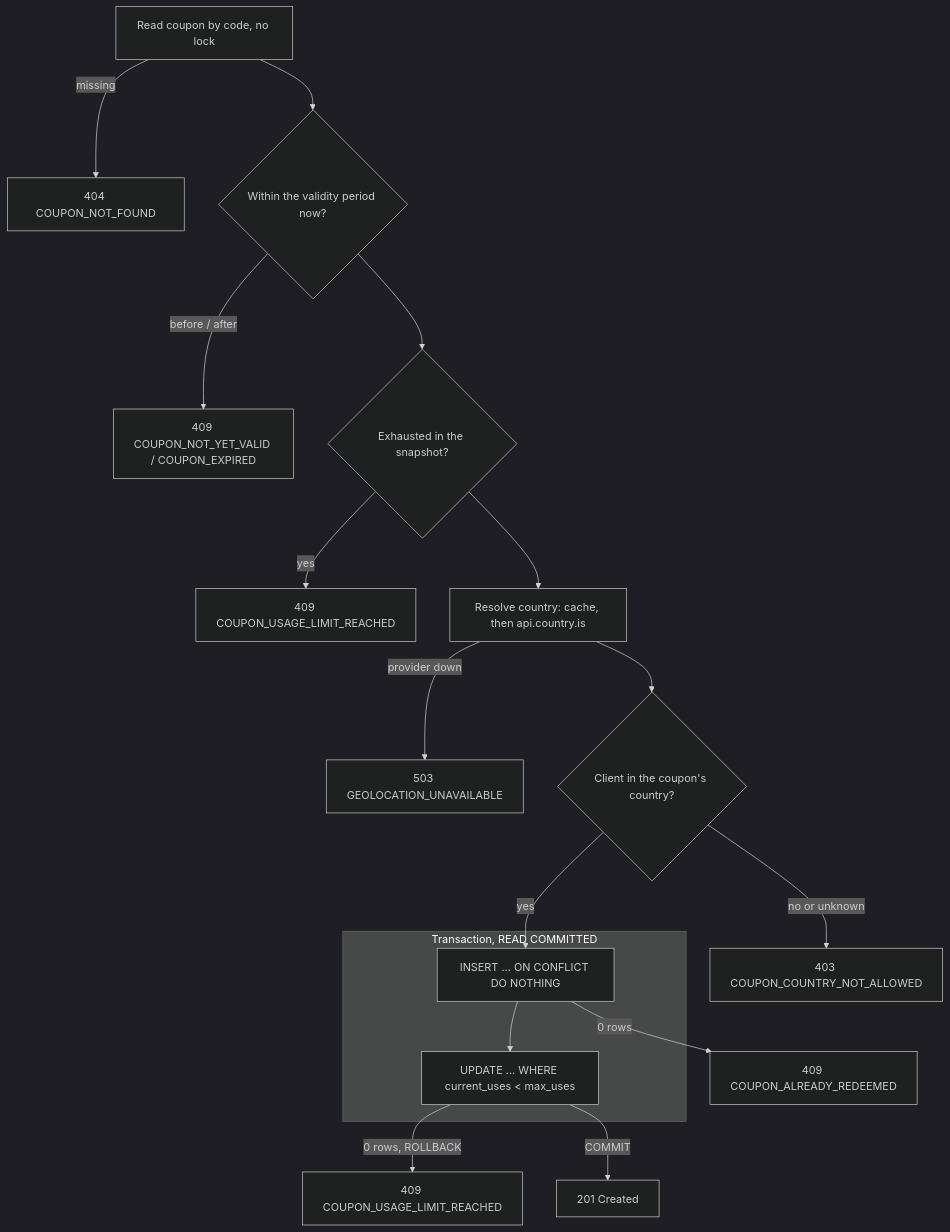
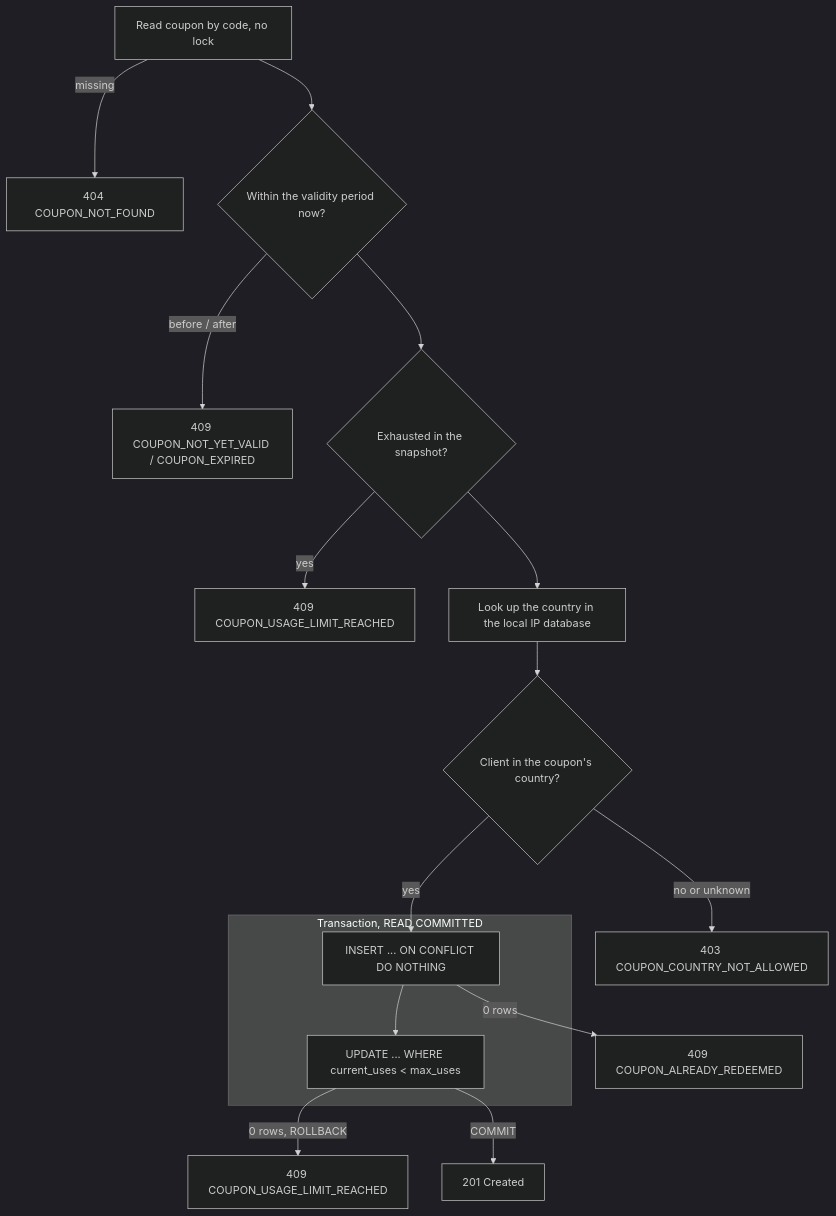
One commit to thadacz/coupon-service changed the second of 2 diagrams in README.md. Above: the diagram before and after it, drawn with Mermaid (dark theme). The commit also changed other lines of this file and 25 other files, not shown here.

First line of the commit message:
feat(geo): replace api.country.is with a local IP database

````diff
--- a/README.md
+++ b/README.md
@@ -129,21 +129,20 @@
 ```mermaid
 flowchart TB
     s1[Read coupon by code, no lock] -->|missing| e404[404 COUPON_NOT_FOUND]
     s1 --> sv{Within the validity period now?}
     sv -->|before / after| e409v[409 COUPON_NOT_YET_VALID / COUPON_EXPIRED]
     sv --> s2{Exhausted in the snapshot?}
     s2 -->|yes| e409a[409 COUPON_USAGE_LIMIT_REACHED]
-    s2 --> s3[Resolve country: cache, then api.country.is]
-    s3 -->|provider down| e503[503 GEOLOCATION_UNAVAILABLE]
+    s2 --> s3[Look up the country in the local IP database]
     s3 --> s4{Client in the coupon's country?}
     s4 -->|no or unknown| e403[403 COUPON_COUNTRY_NOT_ALLOWED]
     subgraph tx [Transaction, READ COMMITTED]
         s5[INSERT ... ON CONFLICT DO NOTHING]
         s6[UPDATE ... WHERE current_uses #lt; max_uses]
     end
     s4 -->|yes| s5
     s5 -->|0 rows| e409b[409 COUPON_ALREADY_REDEEMED]
     s5 --> s6
     s6 -->|0 rows, ROLLBACK| e409c[409 COUPON_USAGE_LIMIT_REACHED]
     s6 -->|COMMIT| ok[201 Created]
 ```
````
